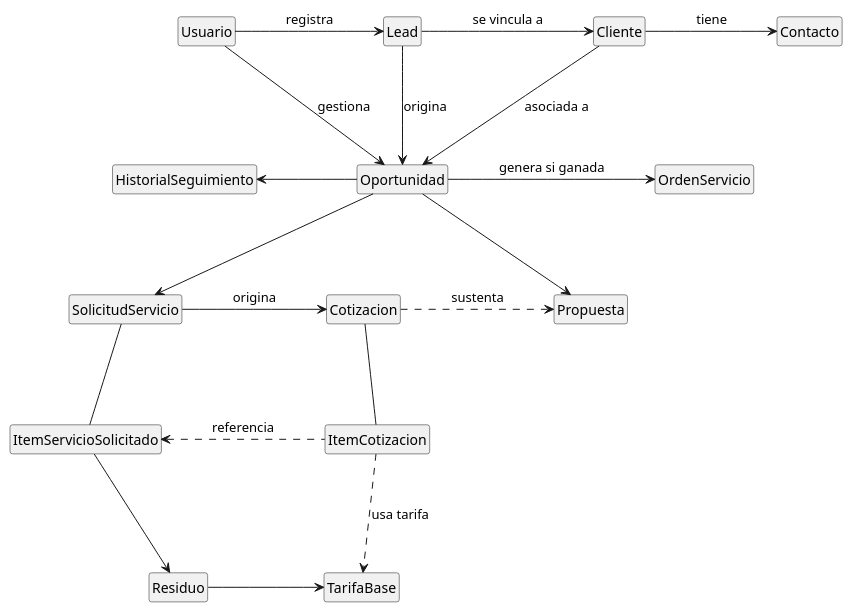
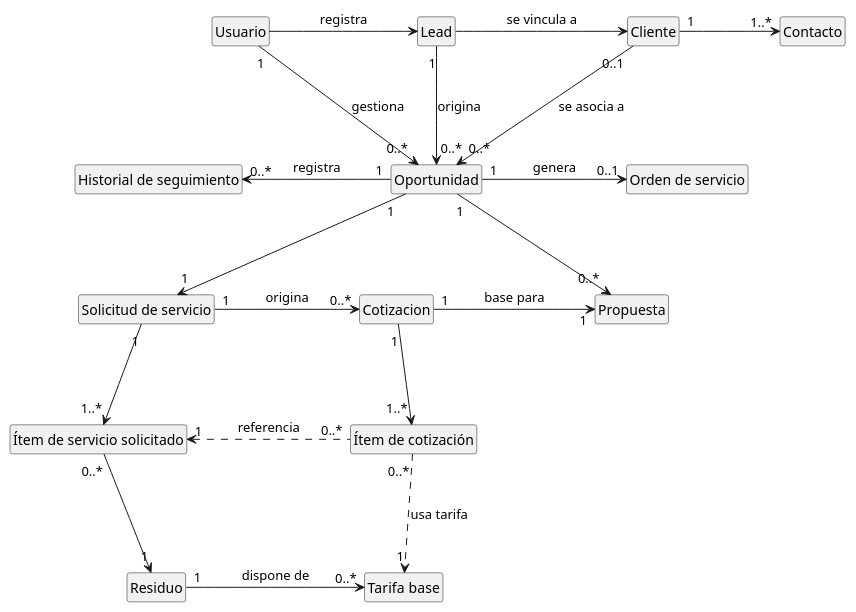
Before and after one commit to BrendaLopes/TFG-CRM-BROOKS: the diagram in docs/diagramas/clase/clases_conceptual.puml, drawn with PlantUML. The commit also changed 5 other files, not shown here.

```diff
--- a/docs/diagramas/clase/clases_conceptual.puml
+++ b/docs/diagramas/clase/clases_conceptual.puml
@@ -1,48 +1,51 @@
 @startuml
+
 skinparam classAttributeIconSize 0
 skinparam shadowing false
 skinparam nodesep 100
 skinparam ranksep 100
+
 hide circle
 hide members
 
 class Usuario
 class Lead
 class Cliente
 class Contacto
 class Oportunidad
-class HistorialSeguimiento
-class OrdenServicio
+class "Historial de seguimiento" as HistorialSeguimiento
+class "Orden de servicio" as OrdenServicio
 class Propuesta
-class SolicitudServicio
+class "Solicitud de servicio" as SolicitudServicio
 class Cotizacion
-class ItemCotizacion
-class ItemServicioSolicitado
+class "Ítem de cotización" as ItemCotizacion
+class "Ítem de servicio solicitado" as ItemServicioSolicitado
 class Residuo
-class TarifaBase
+class "Tarifa base" as TarifaBase
 
 Usuario -right-> Lead : registra
 Lead -right-> Cliente : se vincula a
-Cliente -right-> Contacto : tiene
+Cliente "1" -right-> "1..*" Contacto 
 
-Lead -down-> Oportunidad : origina
-Cliente -down-> Oportunidad : asociada a
-Usuario -down-> Oportunidad : gestiona
+Lead "1" -down-> "0..*" Oportunidad : origina
+Cliente "0..1" -down-> "0..*" Oportunidad : se asocia a
+Usuario "1" -down-> "0..*" Oportunidad : gestiona
 
-Oportunidad -left-> HistorialSeguimiento
-Oportunidad -right-> OrdenServicio : genera si ganada
+Oportunidad "1" -left-> "0..*" HistorialSeguimiento : registra
+Oportunidad "1" -right-> "0..1" OrdenServicio : genera
 
-Oportunidad -down-> Propuesta
-Oportunidad -down-> SolicitudServicio
-Propuesta -[hidden]left- SolicitudServicio
+Oportunidad "1" -down-> "0..*" Propuesta
+Oportunidad "1" -down-> "1" SolicitudServicio
 
-SolicitudServicio -down- ItemServicioSolicitado
-Cotizacion .right.> Propuesta : sustenta
-SolicitudServicio -right-> Cotizacion : origina
-Cotizacion -down- ItemCotizacion
+SolicitudServicio "1" -down-> "1..*" ItemServicioSolicitado
+SolicitudServicio "1" -right-> "0..*" Cotizacion : origina
 
-ItemCotizacion .left.> ItemServicioSolicitado : referencia
-ItemCotizacion .down.> TarifaBase : usa tarifa
-ItemServicioSolicitado -down-> Residuo
-Residuo -right-> TarifaBase
+Cotizacion "1" -down-> "1..*" ItemCotizacion
+Cotizacion "1" -right-> "1" Propuesta : base para
+
+ItemCotizacion "0..*" .left.> "1" ItemServicioSolicitado : referencia
+ItemCotizacion "0..*" .down.> "1" TarifaBase : usa tarifa
+ItemServicioSolicitado "0..*" -down-> "1" Residuo
+Residuo "1" -right-> "0..*" TarifaBase : dispone de
+
 @enduml
```
